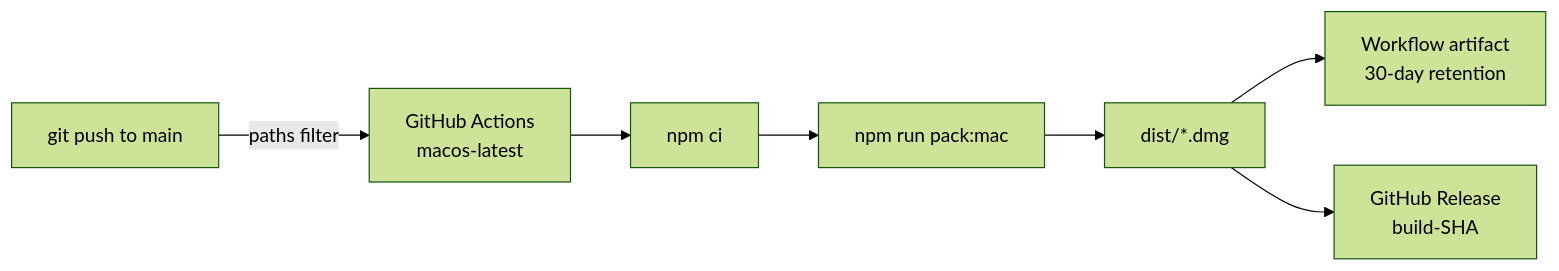
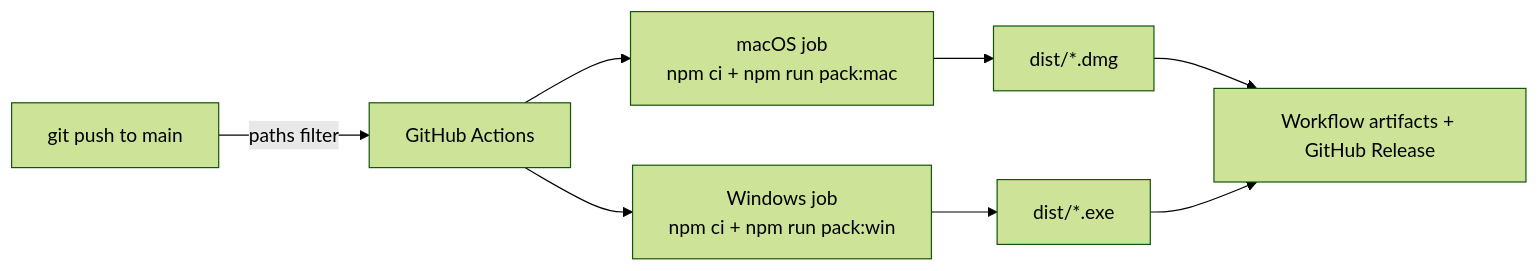
The second of 2 diagrams in README.md (aairom/outlook-bob), drawn with Mermaid (forest theme) before and after one commit. The commit also changed other lines of this file and 4 other files, not shown here.

````diff
--- a/README.md
+++ b/README.md
@@ -330,9 +331,10 @@
 ```mermaid
 flowchart LR
-    A[git push to main] -->|paths filter| B[GitHub Actions\nmacos-latest]
-    B --> C[npm ci]
-    C --> D[npm run pack:mac]
-    D --> E[dist/*.dmg]
-    E --> F[Workflow artifact\n30-day retention]
-    E --> G[GitHub Release\nbuild-SHA]
+    A[git push to main] -->|paths filter| B[GitHub Actions]
+    B --> C1[macOS job\nnpm ci + npm run pack:mac]
+    B --> C2[Windows job\nnpm ci + npm run pack:win]
+    C1 --> D1[dist/*.dmg]
+    C2 --> D2[dist/*.exe]
+    D1 --> E[Workflow artifacts + GitHub Release]
+    D2 --> E
 ```
````
